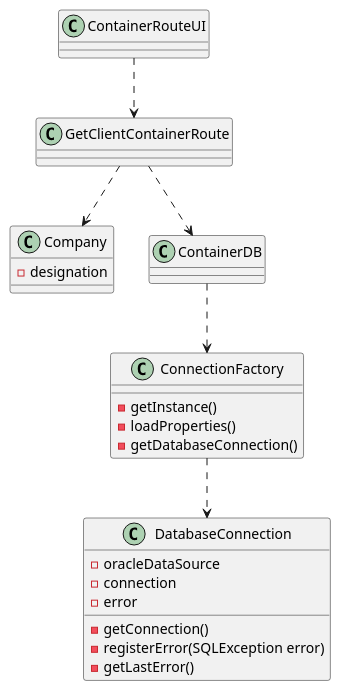
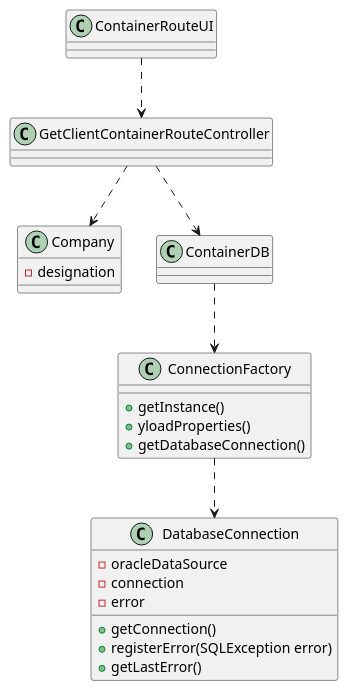
The diagram in docs/Sprint3/US305/US305_CD.puml (mpoboas/lapr3-2021-g102), drawn with PlantUML before and after one commit. The commit also changed 3 other files, not shown here.

```diff
--- a/docs/Sprint3/US305/US305_CD.puml
+++ b/docs/Sprint3/US305/US305_CD.puml
@@ -1,38 +1,38 @@
 @startuml
 'https://plantuml.com/class-diagram
 
 class Company {
 -designation
 }
 
 class ContainerRouteUI {
 }
 
-class GetClientContainerRoute {
+class GetClientContainerRouteController {
 }
 
 class ContainerDB {
 }
 
 class ConnectionFactory{
--getInstance()
--loadProperties()
--getDatabaseConnection()
++getInstance()
++yloadProperties()
++getDatabaseConnection()
 }
 
 class DatabaseConnection{
 -oracleDataSource
 -connection
 -error
--getConnection()
--registerError(SQLException error)
--getLastError()
++getConnection()
++registerError(SQLException error)
++getLastError()
 }
 
-ContainerRouteUI ..> GetClientContainerRoute
-GetClientContainerRoute ..> ContainerDB
-GetClientContainerRoute ..> Company
+ContainerRouteUI ..> GetClientContainerRouteController
+GetClientContainerRouteController ..> ContainerDB
+GetClientContainerRouteController ..> Company
 ContainerDB ..> ConnectionFactory
 ConnectionFactory ..> DatabaseConnection
 
 @enduml
```
